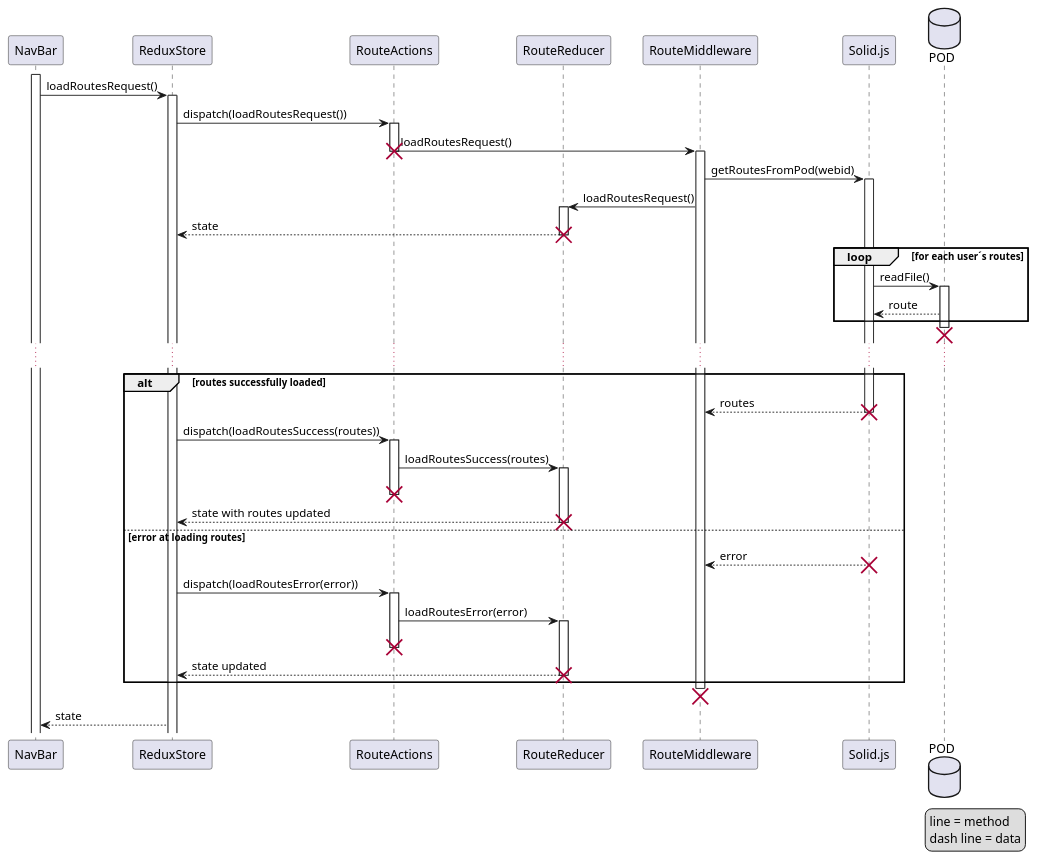
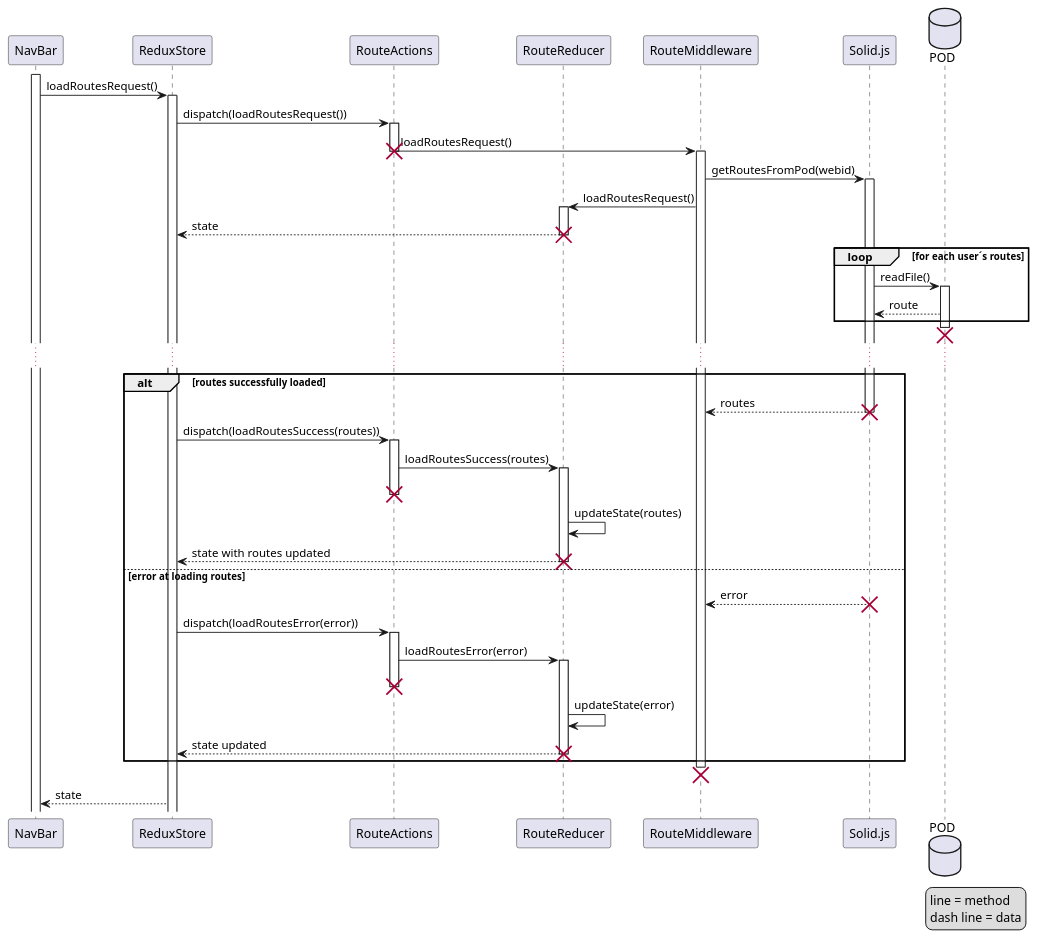
The diagram in src/docs/diagrams/06_SD_LoadRoutes.puml (Arquisoft/viade_en1b), drawn with PlantUML before and after one commit. The commit also changed 4 other files, not shown here.

```diff
--- a/src/docs/diagrams/06_SD_LoadRoutes.puml
+++ b/src/docs/diagrams/06_SD_LoadRoutes.puml
@@ -3,60 +3,62 @@
 @startuml
 
 participant NavBar as nb 
 participant ReduxStore as rs 
 participant RouteActions as ra 
 participant RouteReducer as rr 
 participant RouteMiddleware as rm 
 participant Solid.js as s 
 database POD as p
 
 activate nb
 nb -> rs: loadRoutesRequest()
 activate rs
 rs -> ra: dispatch(loadRoutesRequest())
 activate ra
 ra -> rm: loadRoutesRequest()
 destroy ra
 activate rm
 rm -> s: getRoutesFromPod(webid)
 activate s
 rm -> rr: loadRoutesRequest()
 activate rr
 rr --> rs: state
 destroy rr
 loop for each user´s routes
     s -> p: readFile()
     activate p
     p --> s: route
 end
 destroy p
 ...
 alt routes successfully loaded
 s --> rm: routes
 destroy s
 rs -> ra: dispatch(loadRoutesSuccess(routes))
 activate ra
 ra -> rr: loadRoutesSuccess(routes)
 activate rr
 destroy ra
+rr -> rr: updateState(routes)
 rr --> rs: state with routes updated
 destroy rr
 else error at loading routes
 s --> rm: error
 destroy s
 rs -> ra: dispatch(loadRoutesError(error))
 activate ra
 ra -> rr: loadRoutesError(error)
 activate rr
 destroy ra
+rr -> rr: updateState(error)
 rr --> rs: state updated
 destroy rr
 end
 destroy rm
 rs --> nb: state
 legend right
 line = method
 dash line = data
 endlegend
 
 @enduml
```
